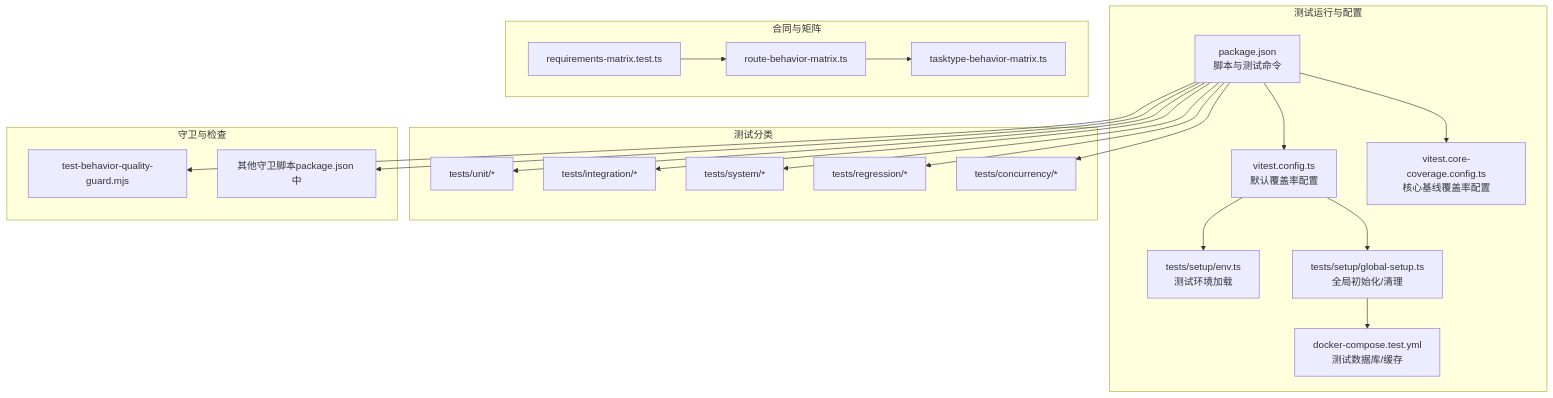
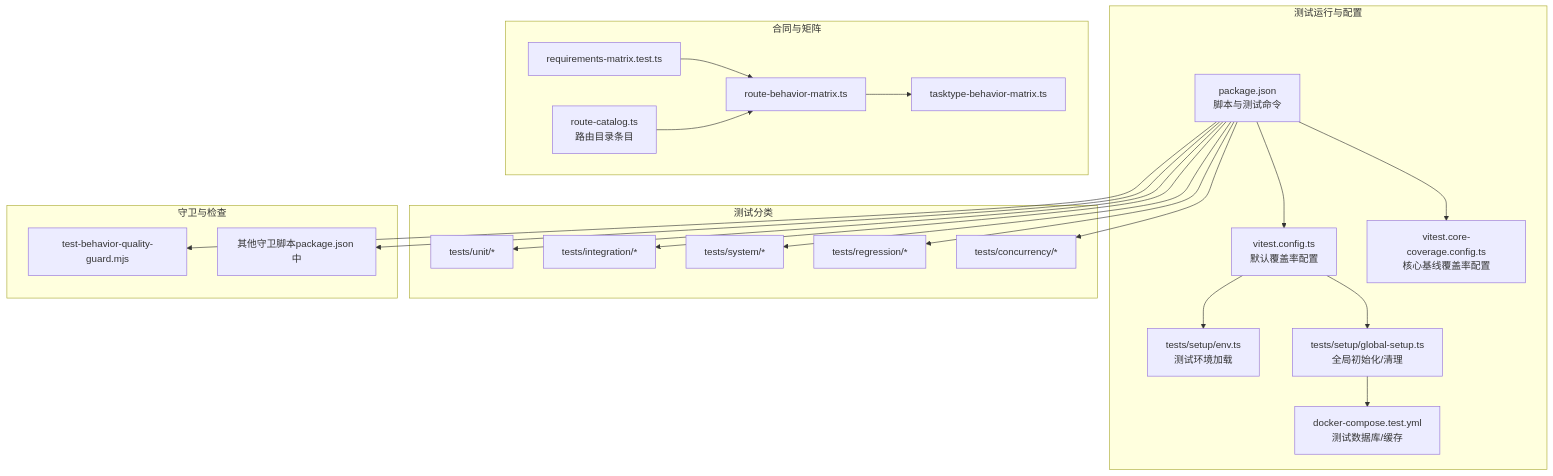
The first of 6 diagrams in .qoder/repowiki/zh/content/测试策略/测试策略.md (lyl2021/waoowaoo), drawn with Mermaid before and after one commit. The commit also changed other lines of this file and 43 other files, not shown here.

````diff
--- a/.qoder/repowiki/zh/content/测试策略/测试策略.md
+++ b/.qoder/repowiki/zh/content/测试策略/测试策略.md
@@ -45,41 +62,43 @@
 ```mermaid
 graph TB
 subgraph "测试运行与配置"
 P["package.json<br/>脚本与测试命令"]
 V1["vitest.config.ts<br/>默认覆盖率配置"]
 V2["vitest.core-coverage.config.ts<br/>核心基线覆盖率配置"]
 ENV["tests/setup/env.ts<br/>测试环境加载"]
 GS["tests/setup/global-setup.ts<br/>全局初始化/清理"]
 DC["docker-compose.test.yml<br/>测试数据库/缓存"]
 end
 subgraph "合同与矩阵"
 RM["requirements-matrix.test.ts"]
 RBM["route-behavior-matrix.ts"]
 TBM["tasktype-behavior-matrix.ts"]
+RC["route-catalog.ts<br/>路由目录条目"]
 end
 subgraph "测试分类"
 U["tests/unit/*"]
 I["tests/integration/*"]
 S["tests/system/*"]
 R["tests/regression/*"]
 C["tests/concurrency/*"]
 end
 subgraph "守卫与检查"
 G1["test-behavior-quality-guard.mjs"]
 G2["其他守卫脚本package.json 中"]
 end
 P --> V1
 P --> V2
 V1 --> ENV
 V1 --> GS
 GS --> DC
 RM --> RBM
 RBM --> TBM
+RC --> RBM
 P --> U
 P --> I
 P --> S
 P --> R
 P --> C
 P --> G1
 P --> G2
 ```
````
